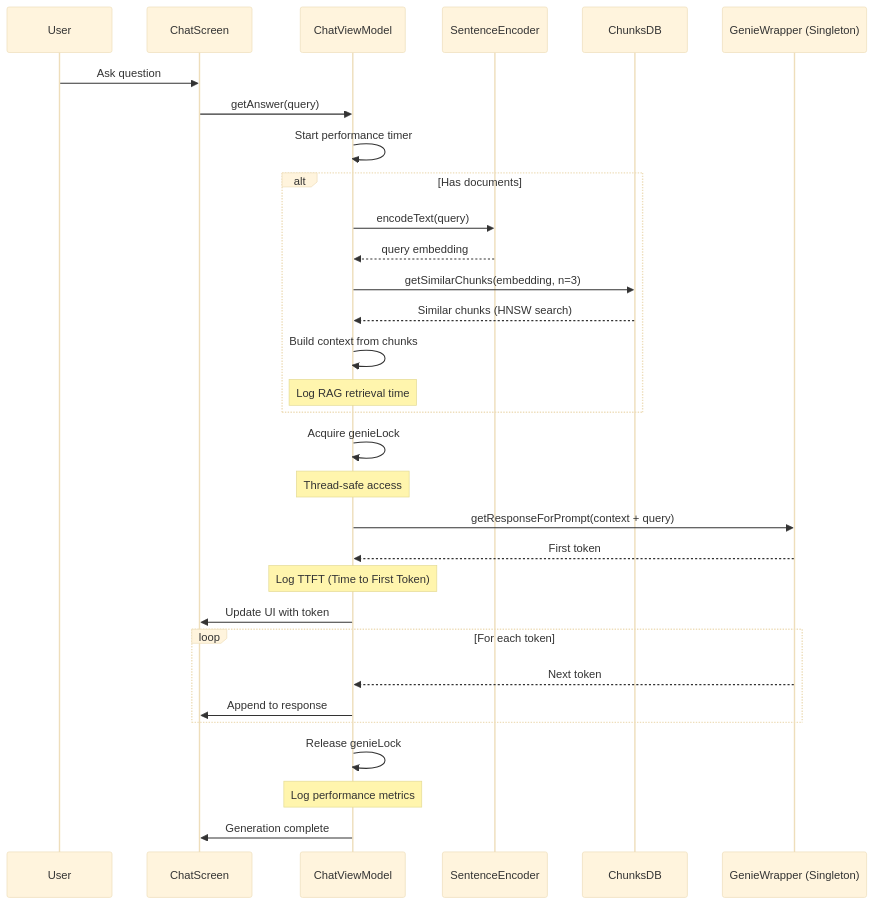
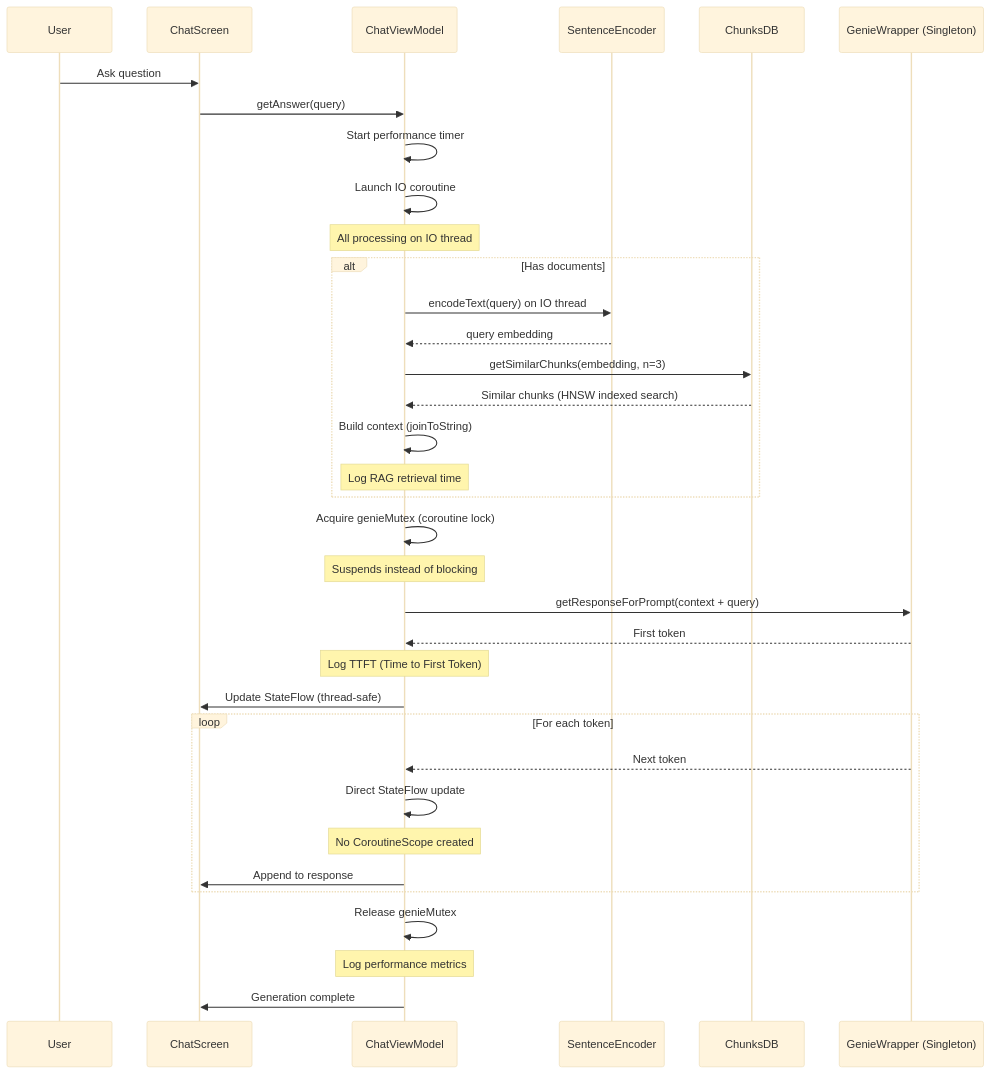
One commit to bismansahni/Qualcomm-ondevice-rag changed the second of 5 diagrams in app/architecture-diagrams.md. Above: the diagram before and after it, drawn with Mermaid (base theme). The commit also changed other lines of this file and 2 other files, not shown here.

Commit message:
improved threading and arch diagram.

````diff
--- a/app/architecture-diagrams.md
+++ b/app/architecture-diagrams.md
@@ -77,38 +78,42 @@
 ```mermaid
 sequenceDiagram
     participant User
     participant ChatScreen
     participant ChatVM as ChatViewModel
     participant Encoder as SentenceEncoder
     participant ChunksDB
     participant Genie as GenieWrapper (Singleton)
 
     User->>ChatScreen: Ask question
     ChatScreen->>ChatVM: getAnswer(query)
     ChatVM->>ChatVM: Start performance timer
+    ChatVM->>ChatVM: Launch IO coroutine
+    Note over ChatVM: All processing on IO thread
 
     alt Has documents
-        ChatVM->>Encoder: encodeText(query)
+        ChatVM->>Encoder: encodeText(query) on IO thread
         Encoder-->>ChatVM: query embedding
         ChatVM->>ChunksDB: getSimilarChunks(embedding, n=3)
-        ChunksDB-->>ChatVM: Similar chunks (HNSW search)
-        ChatVM->>ChatVM: Build context from chunks
+        ChunksDB-->>ChatVM: Similar chunks (HNSW indexed search)
+        ChatVM->>ChatVM: Build context (joinToString)
         Note over ChatVM: Log RAG retrieval time
     end
 
-    ChatVM->>ChatVM: Acquire genieLock
-    Note over ChatVM: Thread-safe access
+    ChatVM->>ChatVM: Acquire genieMutex (coroutine lock)
+    Note over ChatVM: Suspends instead of blocking
     ChatVM->>Genie: getResponseForPrompt(context + query)
     Genie-->>ChatVM: First token
     Note over ChatVM: Log TTFT (Time to First Token)
-    ChatVM->>ChatScreen: Update UI with token
+    ChatVM->>ChatScreen: Update StateFlow (thread-safe)
 
     loop For each token
         Genie-->>ChatVM: Next token
+        ChatVM->>ChatVM: Direct StateFlow update
+        Note over ChatVM: No CoroutineScope created
         ChatVM->>ChatScreen: Append to response
     end
 
-    ChatVM->>ChatVM: Release genieLock
+    ChatVM->>ChatVM: Release genieMutex
     Note over ChatVM: Log performance metrics
     ChatVM->>ChatScreen: Generation complete
 ```
````
